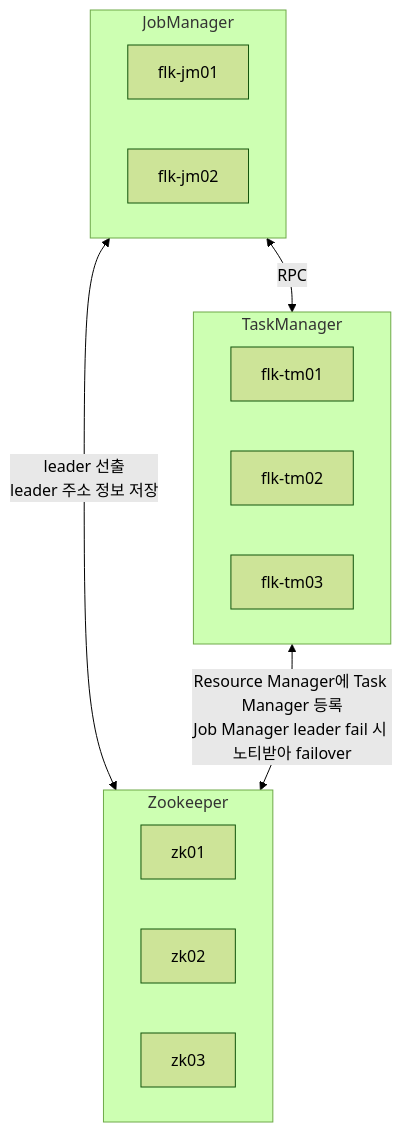
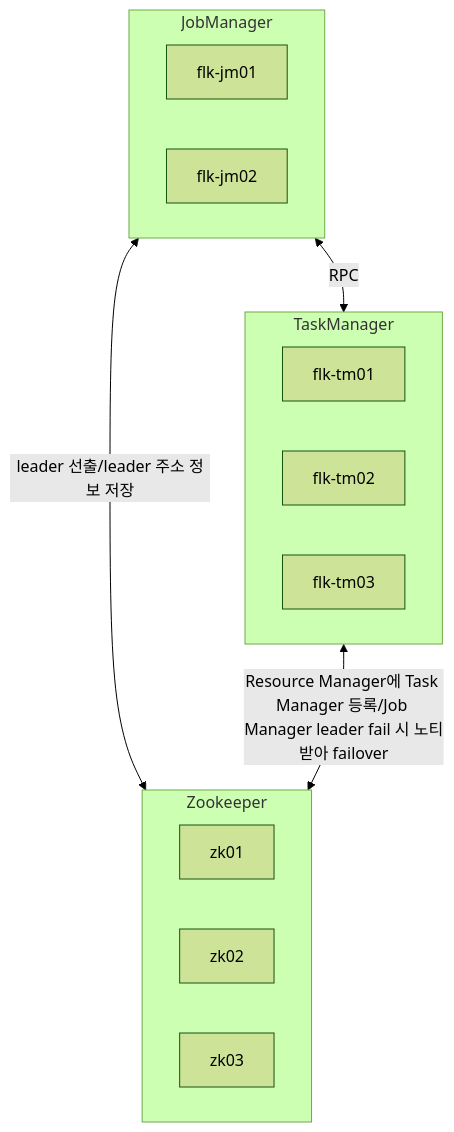
Before and after one commit to zeroest/Flink: the diagram in 02install/02install.md, drawn with Mermaid (forest theme). The commit also changed 3 other files, not shown here.

````diff
--- a/02install/02install.md
+++ b/02install/02install.md
@@ -11,35 +11,35 @@
 ```mermaid
 flowchart TD
 
     jm01[flk-jm01]
     jm02[flk-jm02]
 
     subgraph JobManager
         jm01
         jm02
     end
 
     tm01[flk-tm01]
     tm02[flk-tm02]
     tm03[flk-tm03]
 
     subgraph TaskManager
         tm01
         tm02
         tm03
     end
 
     zk01[zk01]
     zk02[zk02]
     zk03[zk03]
 
     subgraph Zookeeper
         zk01
         zk02
         zk03
     end
 
     JobManager <--RPC--> TaskManager
-    JobManager <--leader 선출\nleader 주소 정보 저장--> Zookeeper
-    TaskManager <--Resource Manager에 Task Manager 등록\nJob Manager leader fail 시 노티받아 failover--> Zookeeper
+    JobManager <--leader 선출/leader 주소 정보 저장--> Zookeeper
+    TaskManager <--Resource Manager에 Task Manager 등록/Job Manager leader fail 시 노티받아 failover--> Zookeeper
 ```
````
